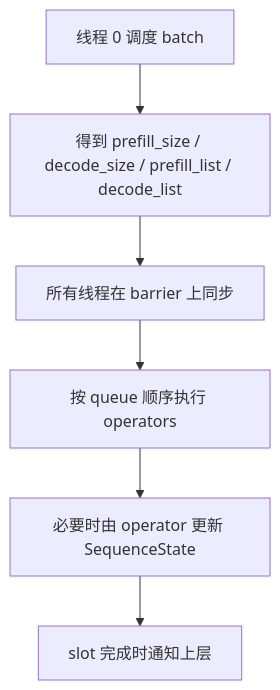
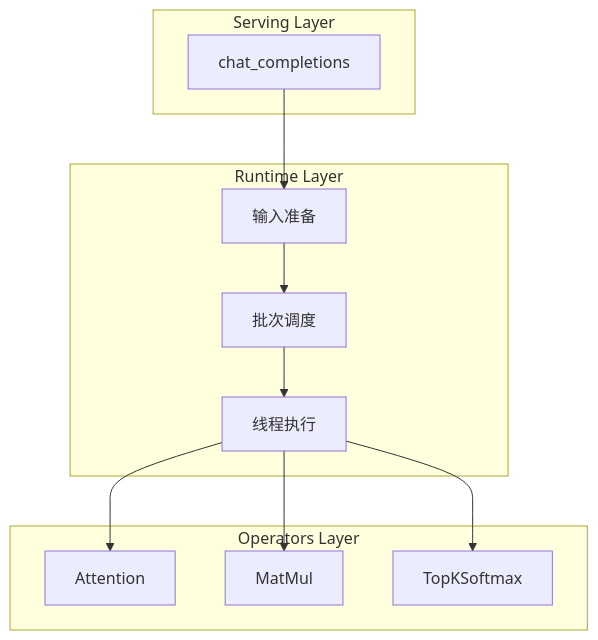
Before and after one commit to lucienhuangfu/eLLM: the first of 4 diagrams in docs/zh-CN/runtime/overview.md, drawn with Mermaid. The commit also changed other lines of this file and 19 other files, not shown here.

````diff
--- a/docs/zh-CN/runtime/overview.md
+++ b/docs/zh-CN/runtime/overview.md
@@ -193,8 +28,25 @@
 ```mermaid
-flowchart TD
-    A[线程 0 调度 batch] --> B[得到 prefill_size / decode_size / prefill_list / decode_list]
-    B --> C[所有线程在 barrier 上同步]
-    C --> D[按 queue 顺序执行 operators]
-    D --> E[必要时由 operator 更新 SequenceState]
-    E --> F[slot 完成时通知上层]
+flowchart TB
+    subgraph Serving Layer
+        A[chat_completions]
+    end
+
+    subgraph Runtime Layer
+        B[输入准备]
+        C[批次调度]
+        D[线程执行]
+    end
+
+    subgraph Operators Layer
+        E[Attention]
+        F[MatMul]
+        G[TopKSoftmax]
+    end
+
+    A --> B
+    B --> C
+    C --> D
+    D --> E
+    D --> F
+    D --> G
 ```
````
